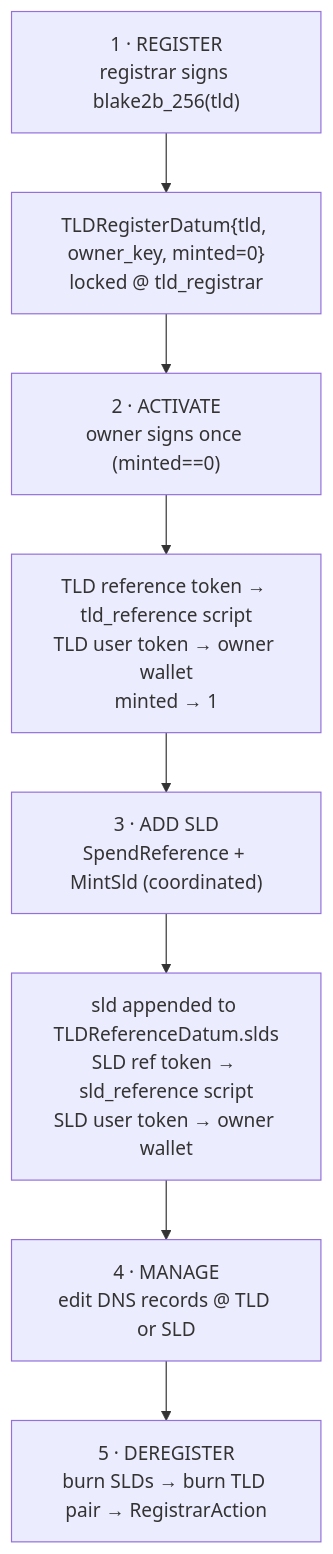
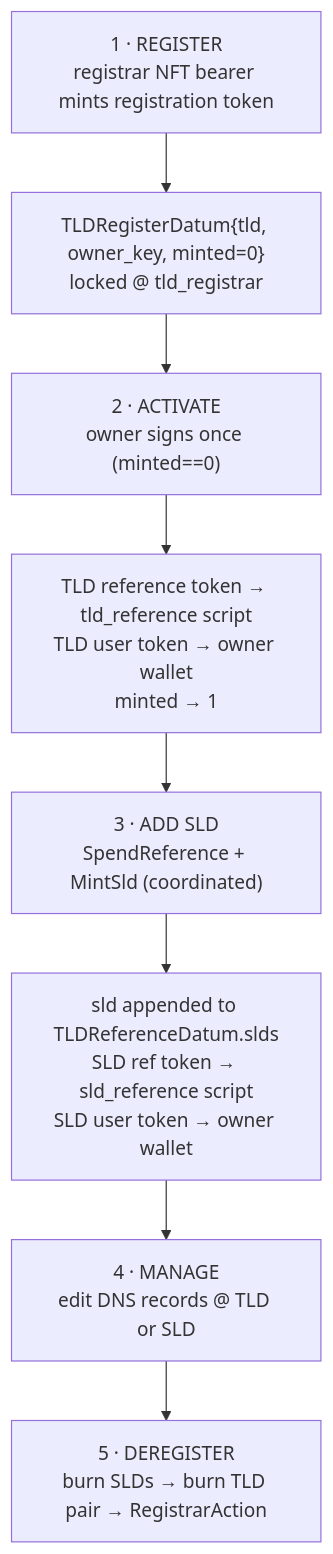
One commit to blinklabs-io/dns-contracts changed the eighth of 14 diagrams in docs/architecture/smart-contract-architecture.md. Above: the diagram before and after it, drawn with Mermaid. The commit also changed other lines of this file and 20 other files, not shown here.

First line of the commit message:
Registrar NFT auth, OwnerAction signature binding, and minted==1 boundary fixes (#21)

````diff
--- a/docs/architecture/smart-contract-architecture.md
+++ b/docs/architecture/smart-contract-architecture.md
@@ -431,10 +456,10 @@
 ```mermaid
 flowchart TB
-    A["1 · REGISTER<br/>registrar signs blake2b_256(tld)"] --> B["TLDRegisterDatum{tld, owner_key, minted=0}<br/>locked @ tld_registrar"]
+    A["1 · REGISTER<br/>registrar NFT bearer mints registration token"] --> B["TLDRegisterDatum{tld, owner_key, minted=0}<br/>locked @ tld_registrar"]
     B --> C["2 · ACTIVATE<br/>owner signs once (minted==0)"]
     C --> D["TLD reference token → tld_reference script<br/>TLD user token → owner wallet<br/>minted → 1"]
     D --> E["3 · ADD SLD<br/>SpendReference + MintSld (coordinated)"]
     E --> F["sld appended to TLDReferenceDatum.slds<br/>SLD ref token → sld_reference script<br/>SLD user token → owner wallet"]
     F --> G["4 · MANAGE<br/>edit DNS records @ TLD or SLD"]
     G --> H["5 · DEREGISTER<br/>burn SLDs → burn TLD pair → RegistrarAction"]
 ```
````
